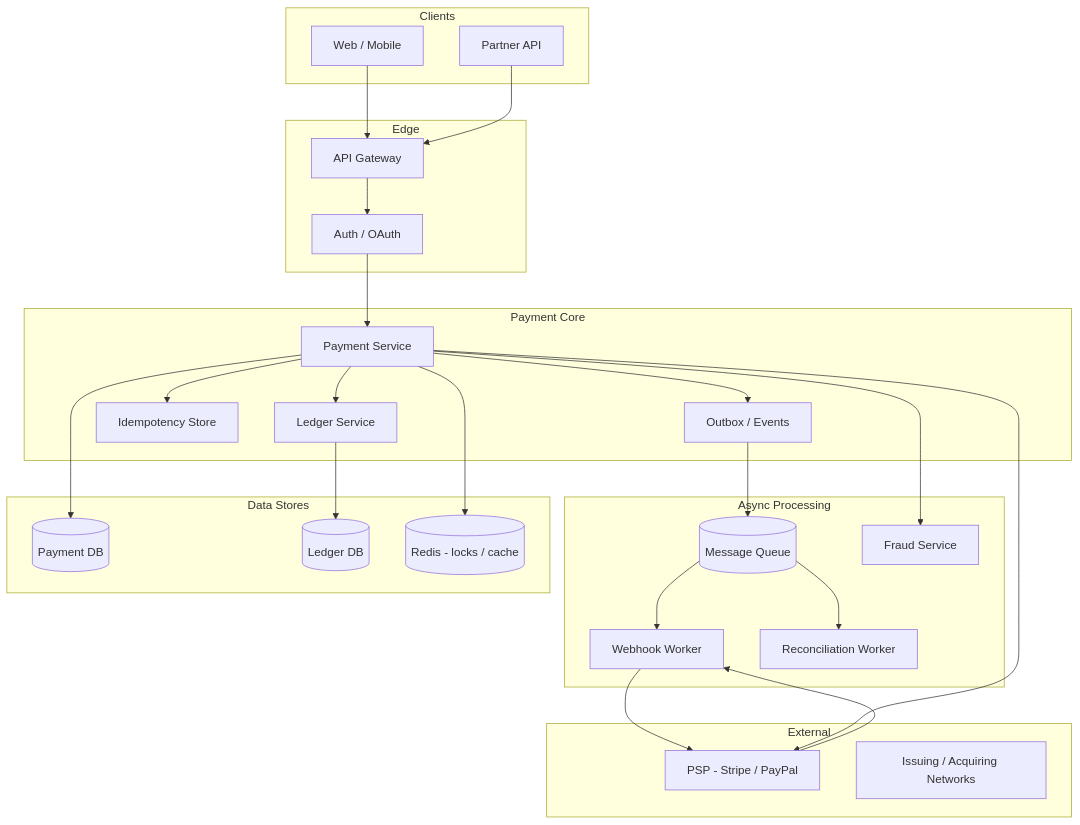
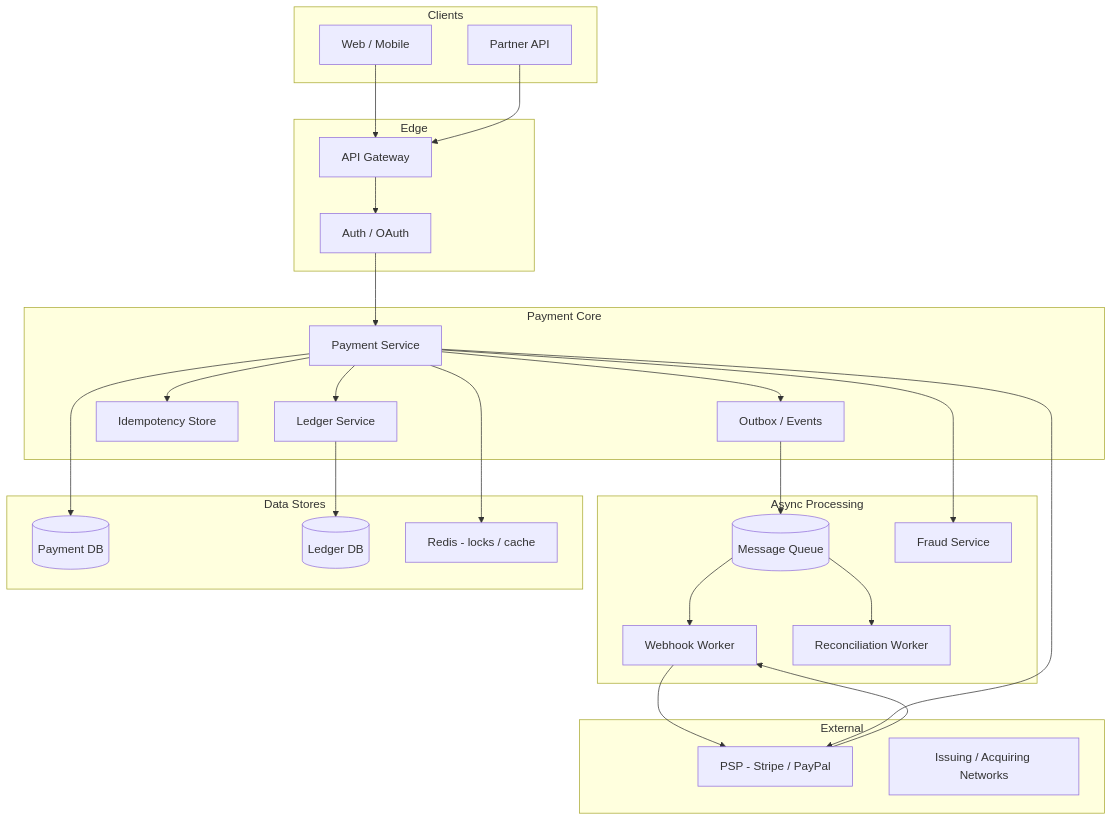
One commit to spawn08/system-design-interview changed the second of 5 diagrams in docs/software_system_design/payment_system.md. Above: the diagram before and after it, drawn with Mermaid. The commit also changed other lines of this file and 1740 other files, not shown here.

First line of the commit message:
Add new Mermaid diagrams for consensus algorithms and data consistency models

````diff
--- a/docs/software_system_design/payment_system.md
+++ b/docs/software_system_design/payment_system.md
@@ -400,55 +400,55 @@
 ```mermaid
 flowchart TB
   subgraph clients["Clients"]
     WEB[Web / Mobile]
     PARTNER[Partner API]
   end
 
   subgraph edge["Edge"]
     GW[API Gateway]
     AUTH[Auth / OAuth]
   end
 
   subgraph core["Payment Core"]
     PS[Payment Service]
     LED[Ledger Service]
     IDEM[Idempotency Store]
     OUTBOX[Outbox / Events]
   end
 
   subgraph async["Async Processing"]
     Q[(Message Queue)]
     WH[Webhook Worker]
     REC[Reconciliation Worker]
     FRAUD[Fraud Service]
   end
 
   subgraph external["External"]
-    PSP[PSP - Stripe / PayPal]
-    BANK[Issuing / Acquiring Networks]
+    PSP["PSP - Stripe / PayPal"]
+    BANK["Issuing / Acquiring Networks"]
   end
 
   subgraph data["Data Stores"]
     PAYDB[(Payment DB)]
     LEDDB[(Ledger DB)]
-    REDIS[(Redis - locks / cache)]
+    REDIS["Redis - locks / cache"]
   end
 
   WEB --> GW
   PARTNER --> GW
   GW --> AUTH
   AUTH --> PS
   PS --> IDEM
   PS --> PAYDB
   PS --> LED
   LED --> LEDDB
   PS --> OUTBOX
   OUTBOX --> Q
   Q --> WH
   Q --> REC
   PS --> FRAUD
   WH --> PSP
   PS --> PSP
   PSP --> WH
   PS --> REDIS
 ```
````
